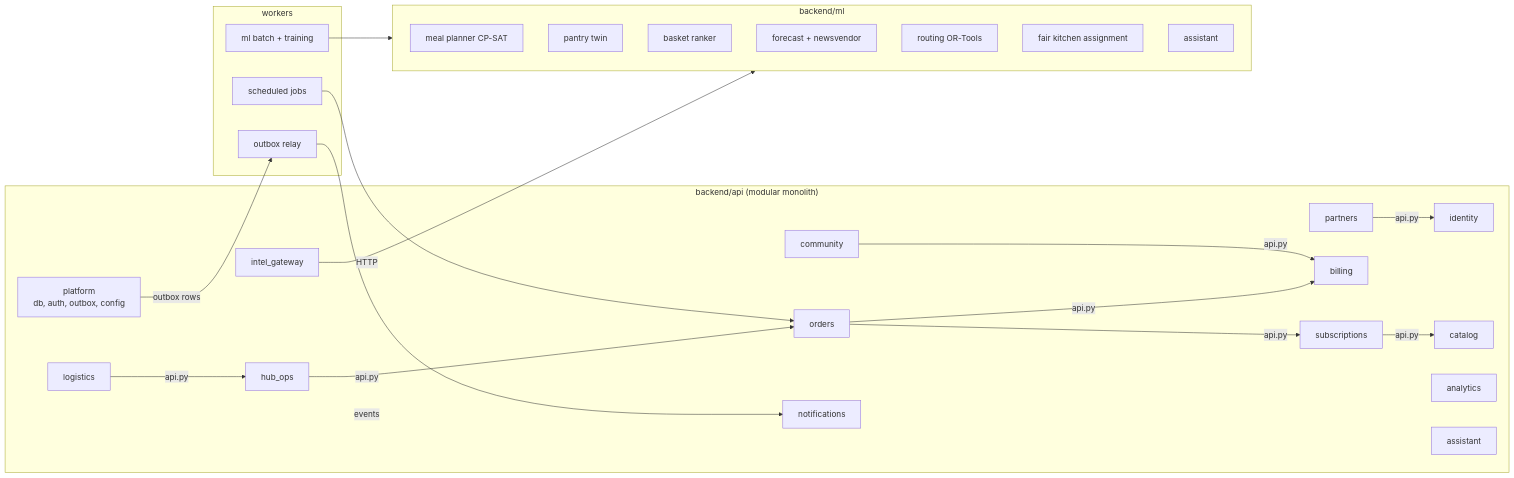
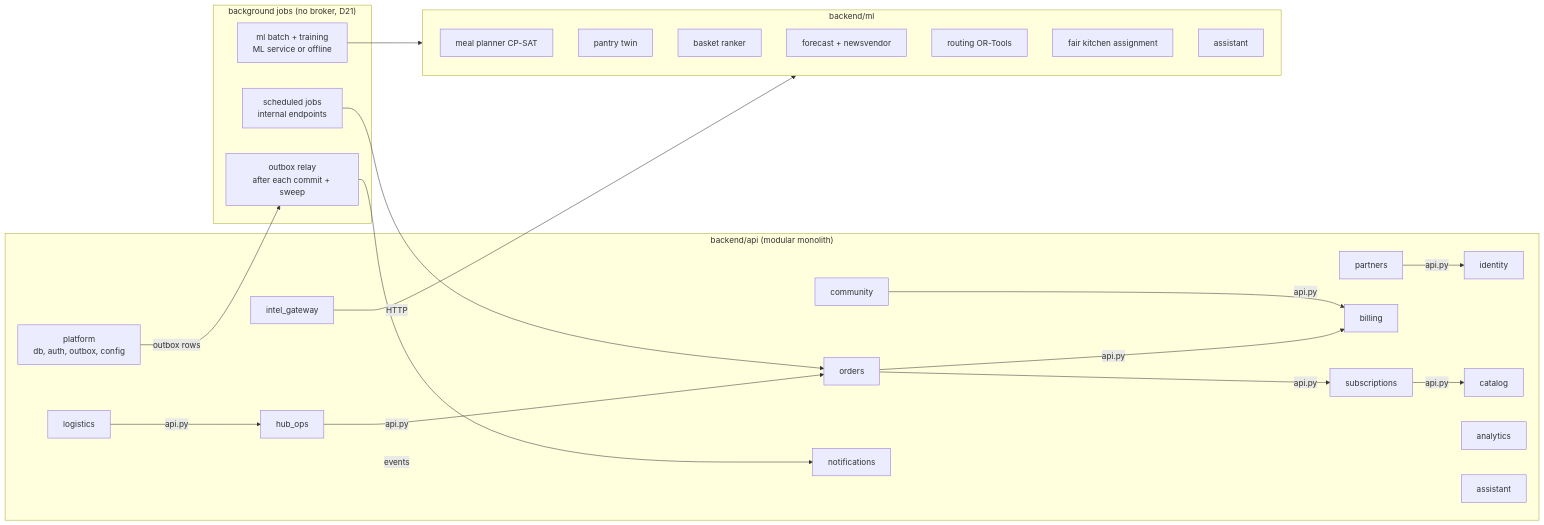
The third of 5 diagrams in docs/handbook/04-system-architecture.md (prelekar7/GharBasket), drawn with Mermaid before and after one commit. The commit also changed other lines of this file and 58 other files, not shown here.

````diff
--- a/docs/handbook/04-system-architecture.md
+++ b/docs/handbook/04-system-architecture.md
@@ -95,45 +93,45 @@
 ```mermaid
 flowchart LR
   subgraph API["backend/api (modular monolith)"]
     PLAT["platform<br/>db, auth, outbox, config"]
     IDN["identity"]
     CAT["catalog"]
     SUB["subscriptions"]
     ORD["orders"]
     BIL["billing"]
     OPS["hub_ops"]
     LOG["logistics"]
     PAR["partners"]
     COM["community"]
     NOT["notifications"]
     IG["intel_gateway"]
     ANL["analytics"]
     AST2["assistant"]
   end
   subgraph MLS["backend/ml"]
     PLN["meal planner CP-SAT"]
     PTW["pantry twin"]
     RNK["basket ranker"]
     FCS["forecast + newsvendor"]
     RTE["routing OR-Tools"]
     ASG["fair kitchen assignment"]
     AST["assistant"]
   end
-  subgraph WK["workers"]
-    RELAY["outbox relay"]
-    JOBS["scheduled jobs"]
-    MLJ["ml batch + training"]
+  subgraph WK["background jobs (no broker, D21)"]
+    RELAY["outbox relay<br/>after each commit + sweep"]
+    JOBS["scheduled jobs<br/>internal endpoints"]
+    MLJ["ml batch + training<br/>ML service or offline"]
   end
   SUB -->|"api.py"| CAT
   ORD -->|"api.py"| SUB
   ORD -->|"api.py"| BIL
   OPS -->|"api.py"| ORD
   LOG -->|"api.py"| OPS
   PAR -->|"api.py"| IDN
   COM -->|"api.py"| BIL
   IG -->|HTTP| MLS
   PLAT -->|outbox rows| RELAY
   RELAY -->|events| NOT
   JOBS --> ORD
   MLJ --> MLS
 ```
````
